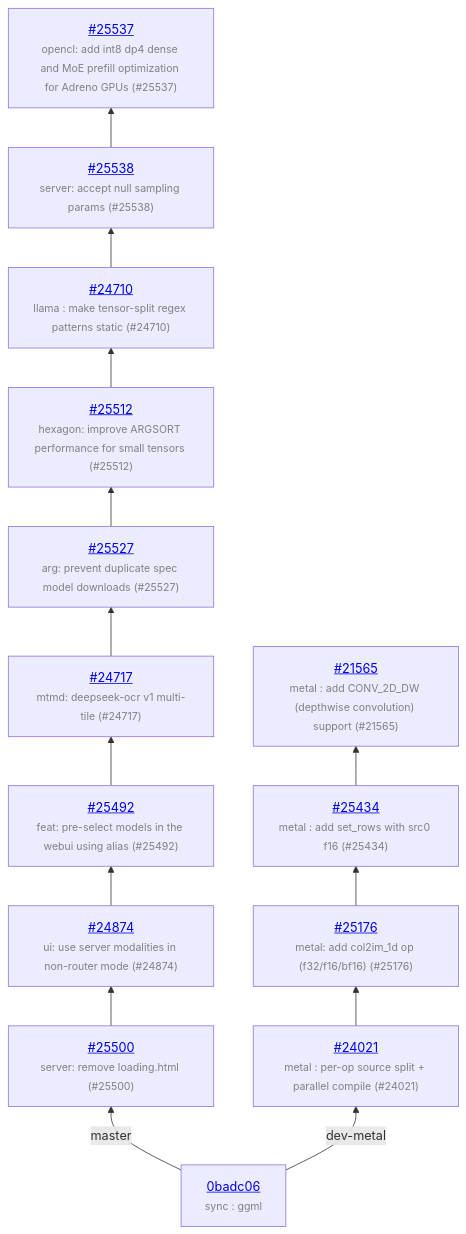
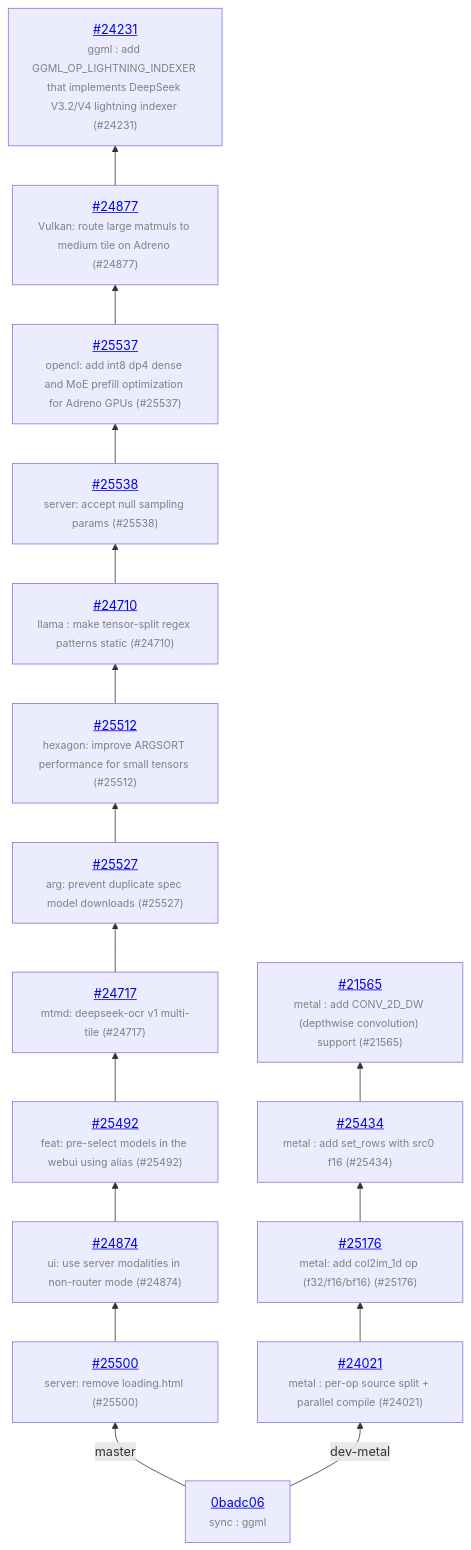
One commit to ggml-org/llama.cpp-dev changed the diagram in README.md. Above: the diagram before and after it, drawn with Mermaid. The commit also changed other lines of this file and 1 other file, not shown here.

Commit message:
auto: update

````diff
--- a/README.md
+++ b/README.md
@@ -13,30 +13,34 @@
 ```mermaid
 graph BT
     COMMON["<a href='https://github.com/ggml-org/llama.cpp/commit/0badc06ab53a8eb96e01242b92ec1365c4465a2a'>0badc06</a><br/><span style='font-size:smaller;color:gray'>sync : ggml</span>"]
     COMMON -->|master| C_a935fbf
     C_a935fbf["<a href='https://github.com/ggml-org/llama.cpp/pull/25500'>#25500</a><br/><span style='font-size:smaller;color:gray'>server: remove loading.html (#25500)</span>"]
     C_a935fbf --> C_9f623c6
     C_9f623c6["<a href='https://github.com/ggml-org/llama.cpp/pull/24874'>#24874</a><br/><span style='font-size:smaller;color:gray'>ui: use server modalities in non-router mode (#24874)</span>"]
     C_9f623c6 --> C_07d9378
     C_07d9378["<a href='https://github.com/ggml-org/llama.cpp/pull/25492'>#25492</a><br/><span style='font-size:smaller;color:gray'>feat: pre-select models in the webui using alias (#25492)</span>"]
     C_07d9378 --> C_3e706dd
     C_3e706dd["<a href='https://github.com/ggml-org/llama.cpp/pull/24717'>#24717</a><br/><span style='font-size:smaller;color:gray'>mtmd: deepseek-ocr v1 multi-tile (#24717)</span>"]
     C_3e706dd --> C_22b69b6
     C_22b69b6["<a href='https://github.com/ggml-org/llama.cpp/pull/25527'>#25527</a><br/><span style='font-size:smaller;color:gray'>arg: prevent duplicate spec model downloads (#25527)</span>"]
     C_22b69b6 --> C_67776ea
     C_67776ea["<a href='https://github.com/ggml-org/llama.cpp/pull/25512'>#25512</a><br/><span style='font-size:smaller;color:gray'>hexagon: improve ARGSORT performance for small tensors (#25512)</span>"]
     C_67776ea --> C_c749cb0
     C_c749cb0["<a href='https://github.com/ggml-org/llama.cpp/pull/24710'>#24710</a><br/><span style='font-size:smaller;color:gray'>llama : make tensor-split regex patterns static (#24710)</span>"]
     C_c749cb0 --> C_4f37f51
     C_4f37f51["<a href='https://github.com/ggml-org/llama.cpp/pull/25538'>#25538</a><br/><span style='font-size:smaller;color:gray'>server: accept null sampling params (#25538)</span>"]
     C_4f37f51 --> C_1d1d9a9
     C_1d1d9a9["<a href='https://github.com/ggml-org/llama.cpp/pull/25537'>#25537</a><br/><span style='font-size:smaller;color:gray'>opencl: add int8 dp4 dense and MoE prefill optimization for Adreno GPUs (#25537)</span>"]
+    C_1d1d9a9 --> C_76f2798
+    C_76f2798["<a href='https://github.com/ggml-org/llama.cpp/pull/24877'>#24877</a><br/><span style='font-size:smaller;color:gray'>Vulkan: route large matmuls to medium tile on Adreno (#24877)</span>"]
+    C_76f2798 --> C_00f5442
+    C_00f5442["<a href='https://github.com/ggml-org/llama.cpp/pull/24231'>#24231</a><br/><span style='font-size:smaller;color:gray'>ggml : add GGML_OP_LIGHTNING_INDEXER that implements DeepSeek V3.2/V4 lightning indexer (#24231)</span>"]
     COMMON -->|dev-metal| C_3835214
     C_3835214["<a href='https://github.com/ggml-org/llama.cpp/pull/24021'>#24021</a><br/><span style='font-size:smaller;color:gray'>metal : per-op source split + parallel compile (#24021)</span>"]
     C_3835214 --> C_de75555
     C_de75555["<a href='https://github.com/ggml-org/llama.cpp/pull/25176'>#25176</a><br/><span style='font-size:smaller;color:gray'>metal: add col2im_1d op (f32/f16/bf16) (#25176)</span>"]
     C_de75555 --> C_e3ea5de
     C_e3ea5de["<a href='https://github.com/ggml-org/llama.cpp/pull/25434'>#25434</a><br/><span style='font-size:smaller;color:gray'>metal : add set_rows with src0 f16 (#25434)</span>"]
     C_e3ea5de --> C_65dd913
     C_65dd913["<a href='https://github.com/ggml-org/llama.cpp/pull/21565'>#21565</a><br/><span style='font-size:smaller;color:gray'>metal : add CONV_2D_DW (depthwise convolution) support (#21565)</span>"]
 ```
````
